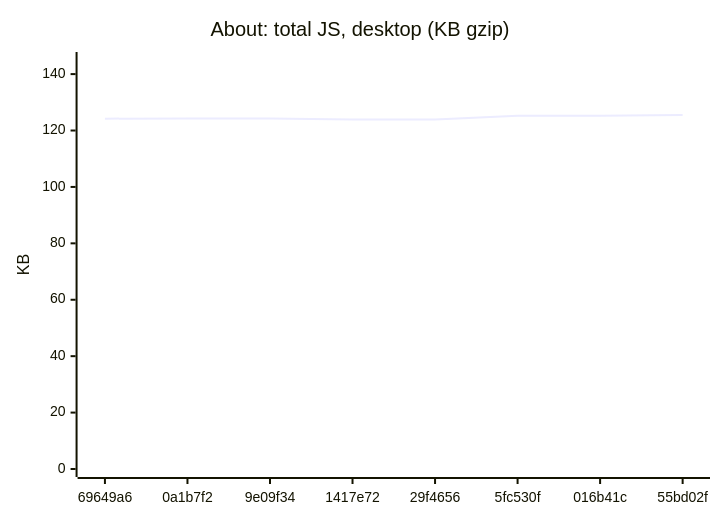
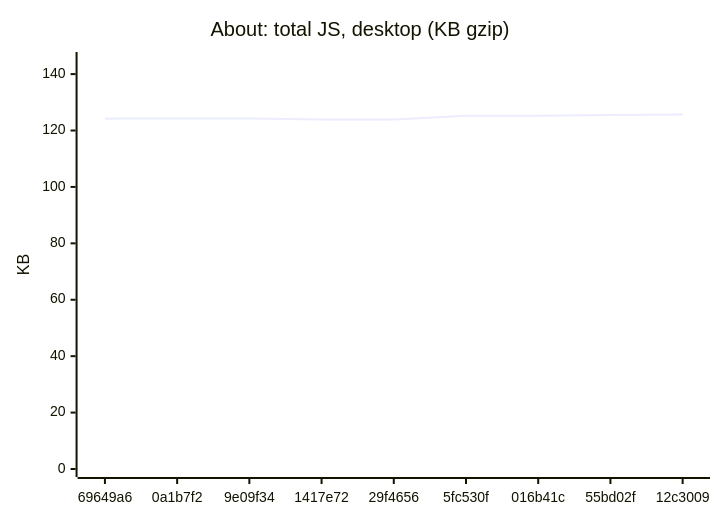
One commit to AxelUser/maltsev.space changed the fifth of 18 diagrams in README.md. Above: the diagram before and after it, drawn with Mermaid. The commit also changed other lines of this file and 1 other file, not shown here.

````diff
--- a/README.md
+++ b/README.md
@@ -71,7 +71,7 @@
 ```mermaid
 xychart-beta
   title "About: total JS, desktop (KB gzip)"
-  x-axis ["69649a6", "0a1b7f2", "9e09f34", "1417e72", "29f4656", "5fc530f", "016b41c", "55bd02f"]
+  x-axis ["69649a6", "0a1b7f2", "9e09f34", "1417e72", "29f4656", "5fc530f", "016b41c", "55bd02f", "12c3009"]
   y-axis "KB" 0 --> 145
-  line [124.2, 124.3, 124.3, 123.9, 123.9, 125.2, 125.2, 125.5]
+  line [124.2, 124.3, 124.3, 123.9, 123.9, 125.2, 125.2, 125.5, 125.7]
 ```
````
